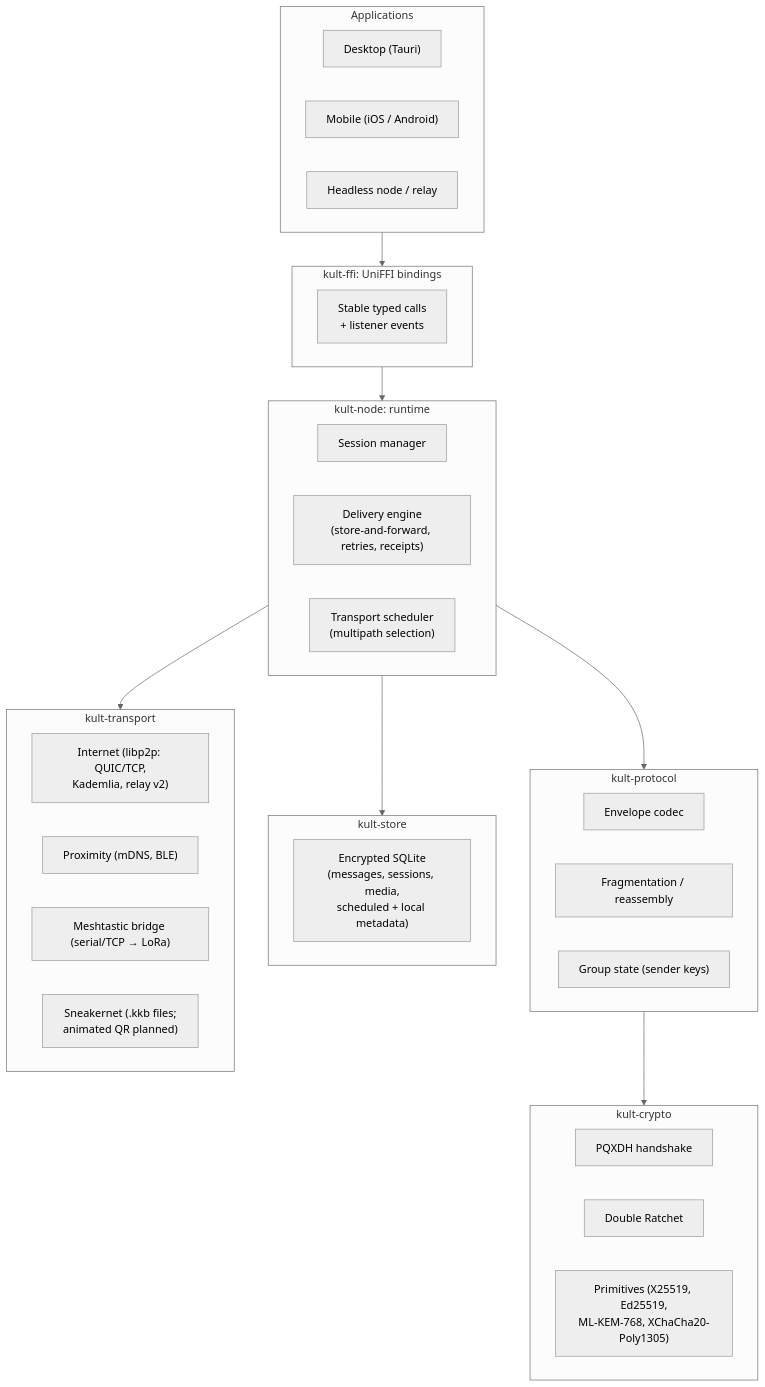
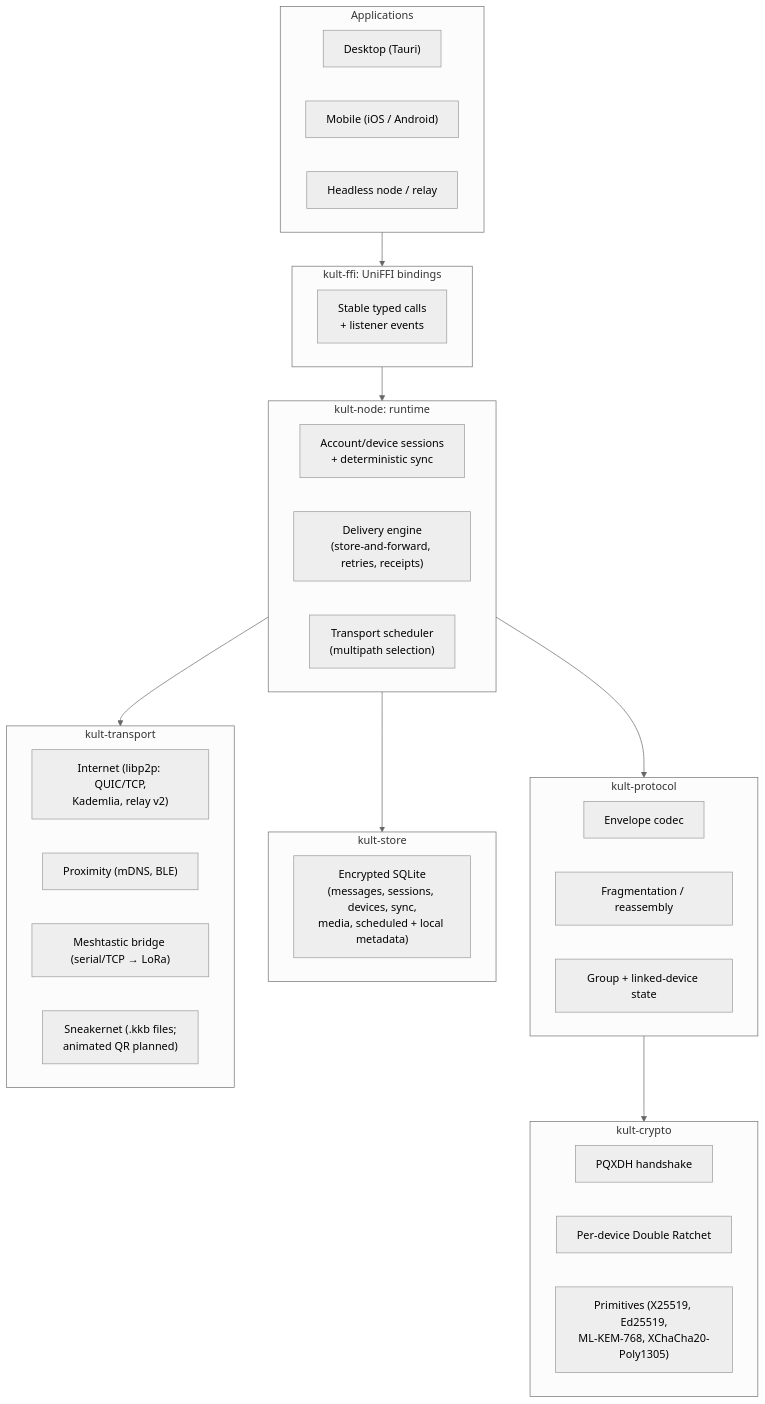
Before and after one commit to AndriGitDev/Komms: the diagram in docs/03-architecture.md, drawn with Mermaid (neutral theme). The commit also changed other lines of this file and 83 other files, not shown here.

Commit message:
feat: ship account-authorized linked devices

````diff
--- a/docs/03-architecture.md
+++ b/docs/03-architecture.md
@@ -12,39 +12,39 @@
 ```mermaid
 flowchart TB
     subgraph Apps["Applications"]
         A1["Desktop (Tauri)"]
         A2["Mobile (iOS / Android)"]
         A3["Headless node / relay"]
     end
     subgraph FFI["kult-ffi: UniFFI bindings"]
         F1["Stable typed calls<br/>+ listener events"]
     end
     subgraph Node["kult-node: runtime"]
-        N1["Session manager"]
+        N1["Account/device sessions<br/>+ deterministic sync"]
         N2["Delivery engine<br/>(store-and-forward, retries, receipts)"]
         N3["Transport scheduler<br/>(multipath selection)"]
     end
     subgraph Proto["kult-protocol"]
         P1["Envelope codec"]
         P2["Fragmentation / reassembly"]
-        P3["Group state (sender keys)"]
+        P3["Group + linked-device state"]
     end
     subgraph Crypto["kult-crypto"]
         C1["PQXDH handshake"]
-        C2["Double Ratchet"]
+        C2["Per-device Double Ratchet"]
         C3["Primitives (X25519, Ed25519,<br/>ML-KEM-768, XChaCha20-Poly1305)"]
     end
     subgraph Store["kult-store"]
-        S1["Encrypted SQLite<br/>(messages, sessions, media,<br/>scheduled + local metadata)"]
+        S1["Encrypted SQLite<br/>(messages, sessions, devices, sync,<br/>media, scheduled + local metadata)"]
     end
     subgraph Transport["kult-transport"]
         T1["Internet (libp2p: QUIC/TCP,<br/>Kademlia, relay v2)"]
         T2["Proximity (mDNS, BLE)"]
         T3["Meshtastic bridge (serial/TCP → LoRa)"]
         T4["Sneakernet (.kkb files;<br/>animated QR planned)"]
     end
     Apps --> FFI --> Node
     Node --> Proto --> Crypto
     Node --> Store
     Node --> Transport
 ```
````
